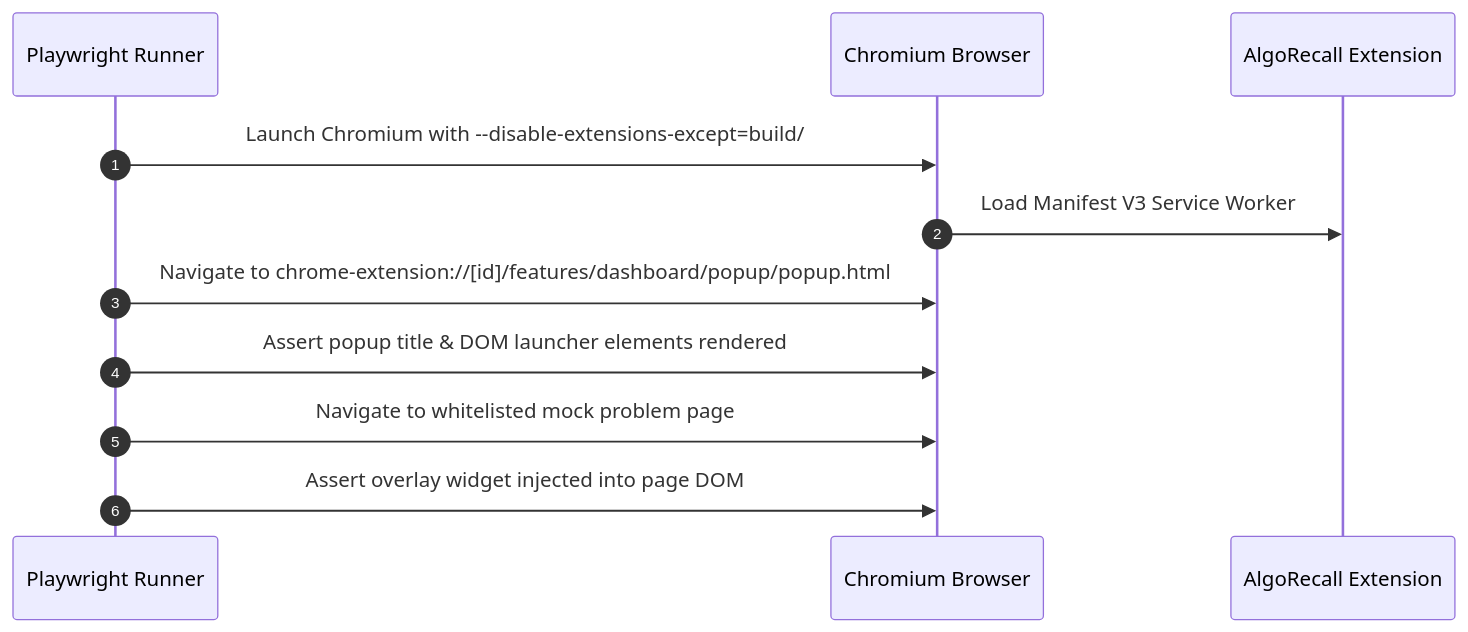
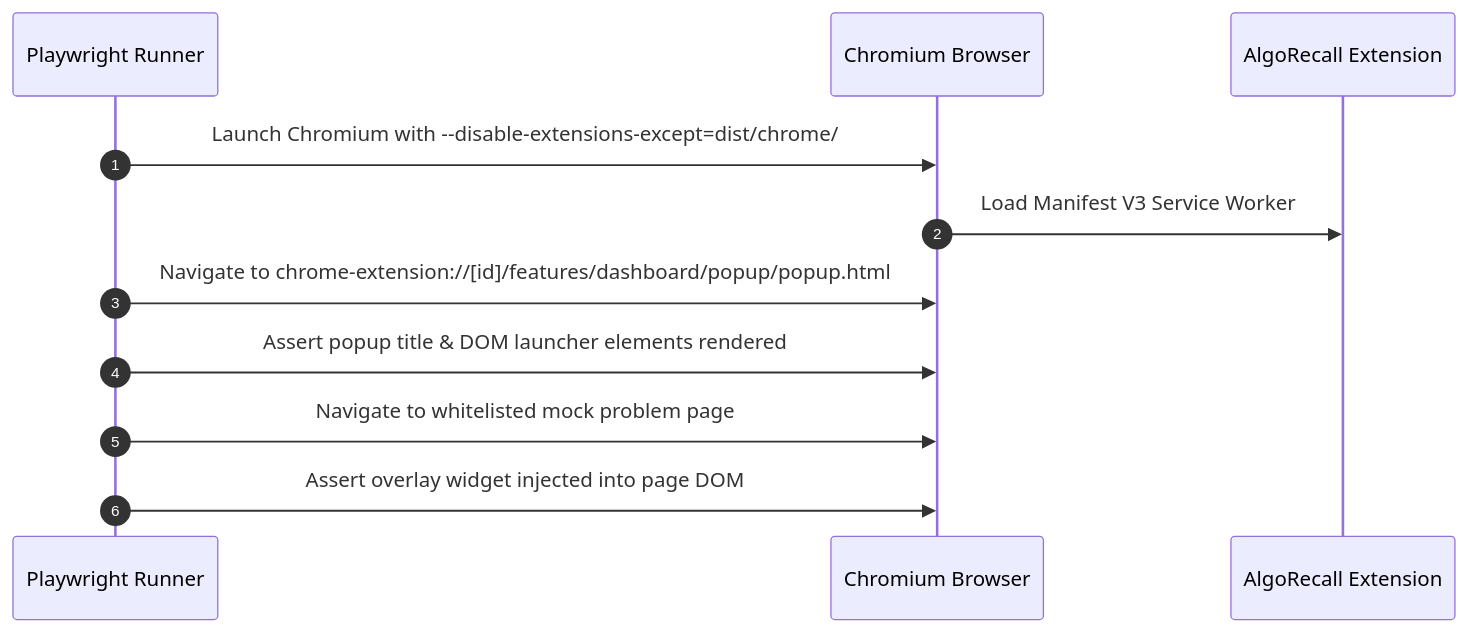
Before and after one commit to sdeanmol/algomonster-fsrs-extension: the diagram in docs/testing/e2e-integration.md, drawn with Mermaid. The commit also changed other lines of this file and 11 other files, not shown here.

Commit message:
feat: add Firefox extension support and migrate build output directory to dist

````diff
--- a/docs/testing/e2e-integration.md
+++ b/docs/testing/e2e-integration.md
@@ -28,14 +28,14 @@
 ```mermaid
 sequenceDiagram
     autonumber
     participant PW as Playwright Runner
     participant Chromium as Chromium Browser
     participant EXT as AlgoRecall Extension
 
-    PW->>Chromium: Launch Chromium with --disable-extensions-except=build/
+    PW->>Chromium: Launch Chromium with --disable-extensions-except=dist/chrome/
     Chromium->>EXT: Load Manifest V3 Service Worker
     PW->>Chromium: Navigate to chrome-extension://[id]/features/dashboard/popup/popup.html
     PW->>Chromium: Assert popup title & DOM launcher elements rendered
     PW->>Chromium: Navigate to whitelisted mock problem page
     PW->>Chromium: Assert overlay widget injected into page DOM
 ```
````
